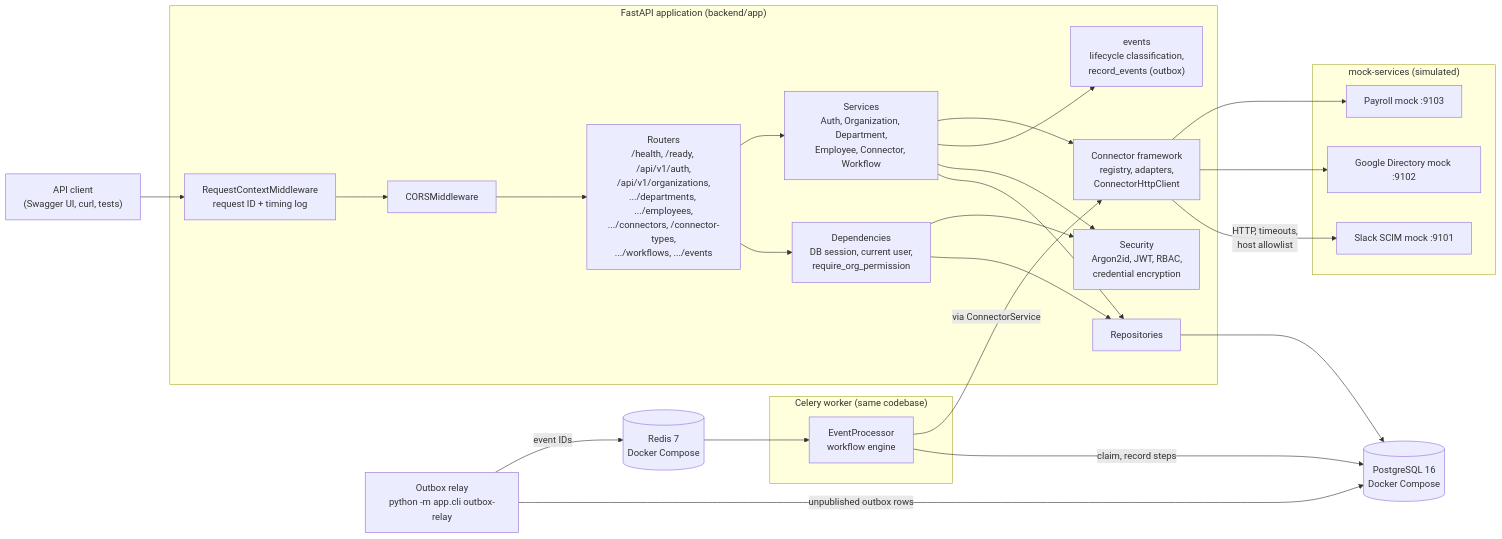
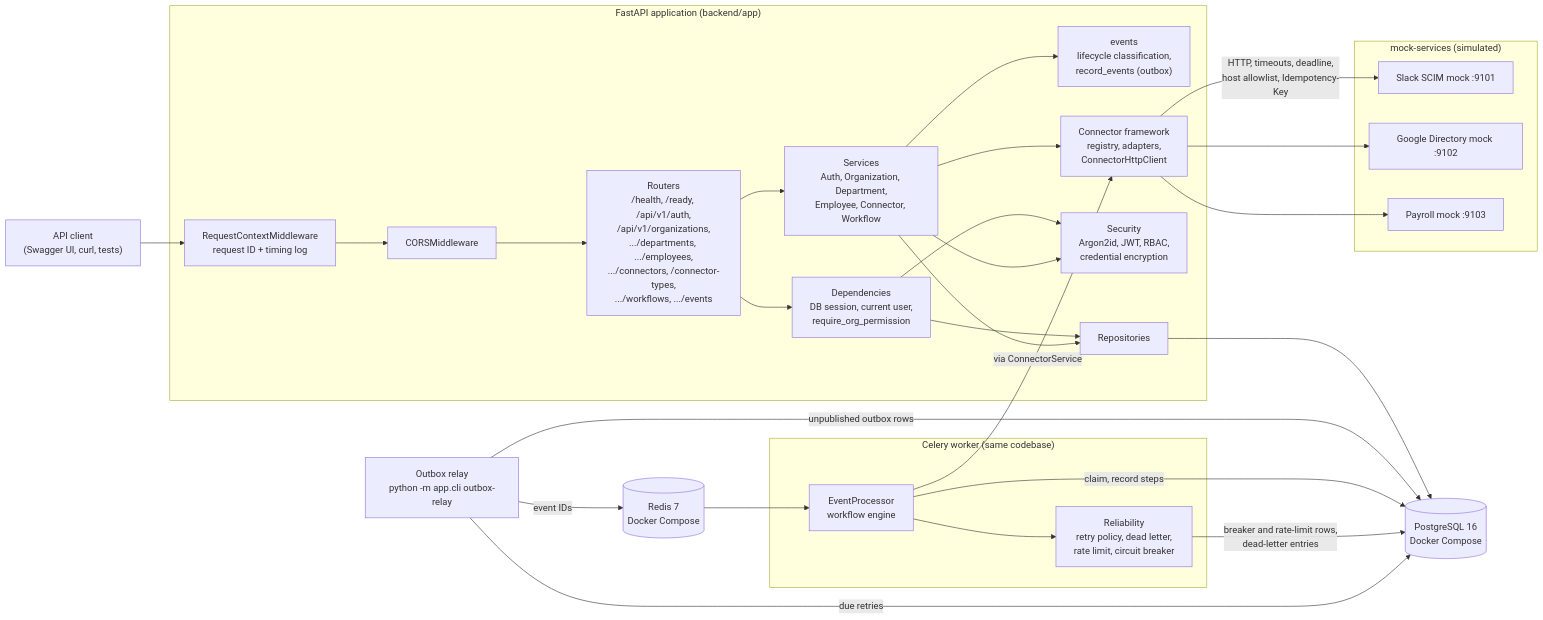
Before and after one commit to praneeth-srikurmadasu/syncforge: the first of 2 diagrams in docs/05-system-architecture.md, drawn with Mermaid. The commit also changed other lines of this file and 22 other files, not shown here.

First line of the commit message:
docs: document the reliability engine; add purge-expired and the reliability demo

````diff
--- a/docs/05-system-architecture.md
+++ b/docs/05-system-architecture.md
@@ -8,45 +8,49 @@
 ```mermaid
 flowchart LR
     client["API client<br/>(Swagger UI, curl, tests)"]
     subgraph api["FastAPI application (backend/app)"]
         mw["RequestContextMiddleware<br/>request ID + timing log"]
         cors["CORSMiddleware"]
         routes["Routers<br/>/health, /ready, /api/v1/auth,<br/>/api/v1/organizations,<br/>.../departments, .../employees,<br/>.../connectors, /connector-types,<br/>.../workflows, .../events"]
         deps["Dependencies<br/>DB session, current user,<br/>require_org_permission"]
         svc["Services<br/>Auth, Organization, Department,<br/>Employee, Connector, Workflow"]
         events["events<br/>lifecycle classification,<br/>record_events (outbox)"]
         repo["Repositories"]
         sec["Security<br/>Argon2id, JWT, RBAC,<br/>credential encryption"]
         conn["Connector framework<br/>registry, adapters,<br/>ConnectorHttpClient"]
     end
     db[("PostgreSQL 16<br/>Docker Compose")]
     relay["Outbox relay<br/>python -m app.cli outbox-relay"]
     redis[("Redis 7<br/>Docker Compose")]
     subgraph worker["Celery worker (same codebase)"]
         engine["EventProcessor<br/>workflow engine"]
+        rel["Reliability<br/>retry policy, dead letter,<br/>rate limit, circuit breaker"]
     end
     subgraph mocks["mock-services (simulated)"]
         slack["Slack SCIM mock :9101"]
         google["Google Directory mock :9102"]
         payroll["Payroll mock :9103"]
     end
 
     client --> mw --> cors --> routes
     routes --> deps
     routes --> svc
     deps --> repo
     deps --> sec
     svc --> repo
     svc --> sec
     svc --> events
     svc --> conn
     repo --> db
     relay -- "unpublished outbox rows" --> db
     relay -- "event IDs" --> redis
     redis --> engine
     engine -- "claim, record steps" --> db
     engine -- "via ConnectorService" --> conn
-    conn -- "HTTP, timeouts,<br/>host allowlist" --> slack
+    engine --> rel
+    rel -- "breaker and rate-limit rows,<br/>dead-letter entries" --> db
+    relay -- "due retries" --> db
+    conn -- "HTTP, timeouts, deadline,<br/>host allowlist, Idempotency-Key" --> slack
     conn --> google
     conn --> payroll
 ```
````
